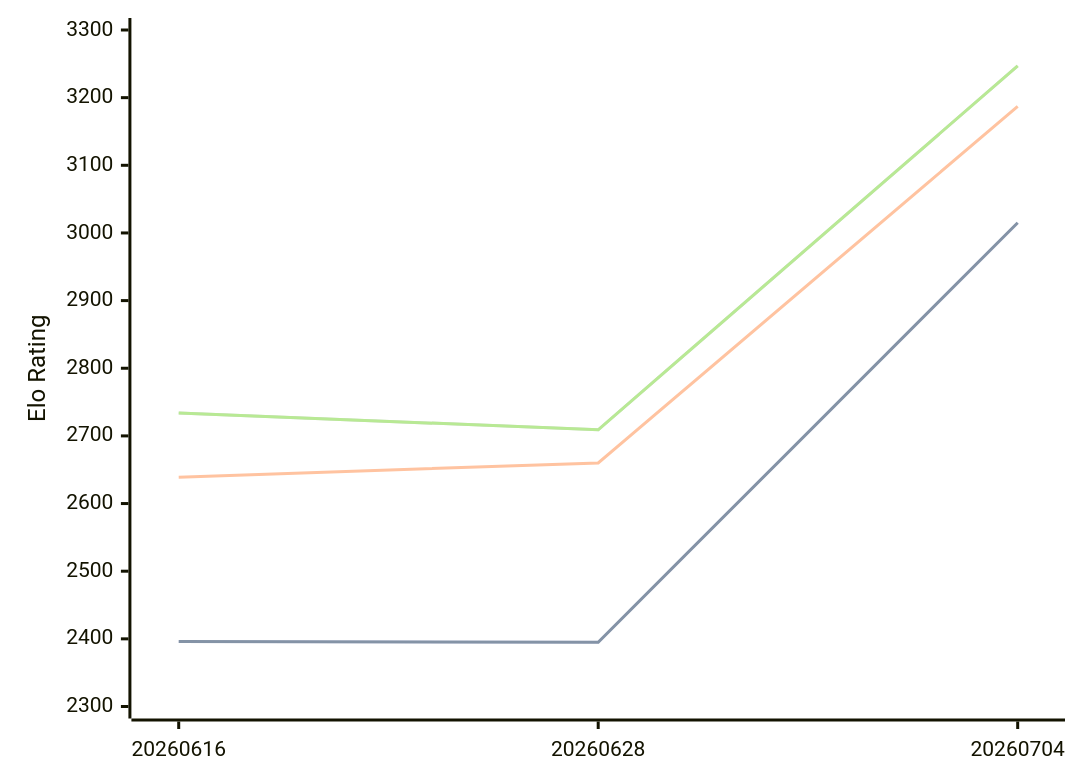
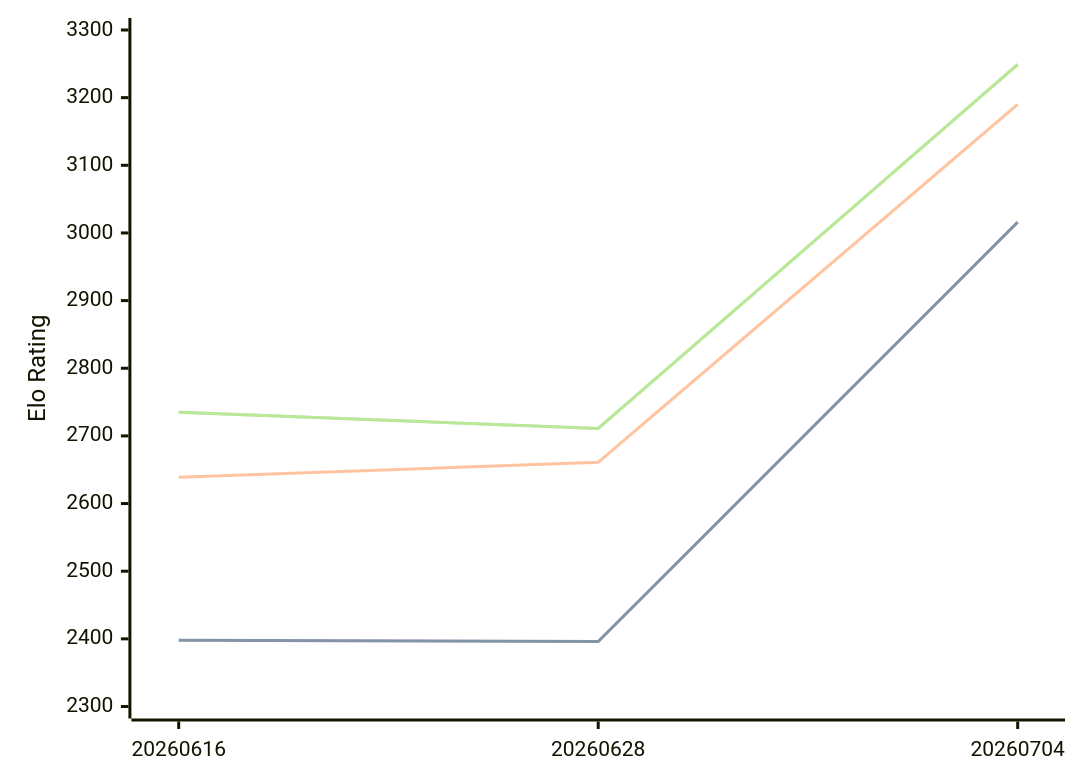
Before and after one commit to computer-chess-index/cci: the diagram in engines/Askaig.md, drawn with Mermaid. The commit also changed other lines of this file, not shown here.

Commit message:
Update CCI Ratings (ELO VLTC) - 2026-07-24

````diff
--- a/engines/Askaig.md
+++ b/engines/Askaig.md
@@ -35,11 +35,11 @@
 ```mermaid
 %%{init: {"theme":"base","themeVariables":{"seriesColors:['#a3a3a3','#222221','#faa371']}}}%%
 xychart-beta
   x-axis ["20260616", "20260628", "20260704"]
   y-axis "Elo Rating" 2300 --> 3300
-  line "STC (8.0+0.08s)" [2396, 2395, 3015]
-  line "STC (8.0+0.08s)" [2396, 2395, 3015]
-  line "LTC (60.0+0.60s)" [2639, 2660, 3187]
-  line "VLTC (2m24s+1.12s)" [2734, 2709, 3247]
-  line "VLTC (2m24s+1.12s)" [2734, 2709, 3247]
+  line "STC (8.0+0.08s)" [2398, 2396, 3016]
+  line "STC (8.0+0.08s)" [2398, 2396, 3016]
+  line "LTC (60.0+0.60s)" [2639, 2661, 3190]
+  line "VLTC (2m24s+1.12s)" [2735, 2711, 3249]
+  line "VLTC (2m24s+1.12s)" [2735, 2711, 3249]
 ```
````
